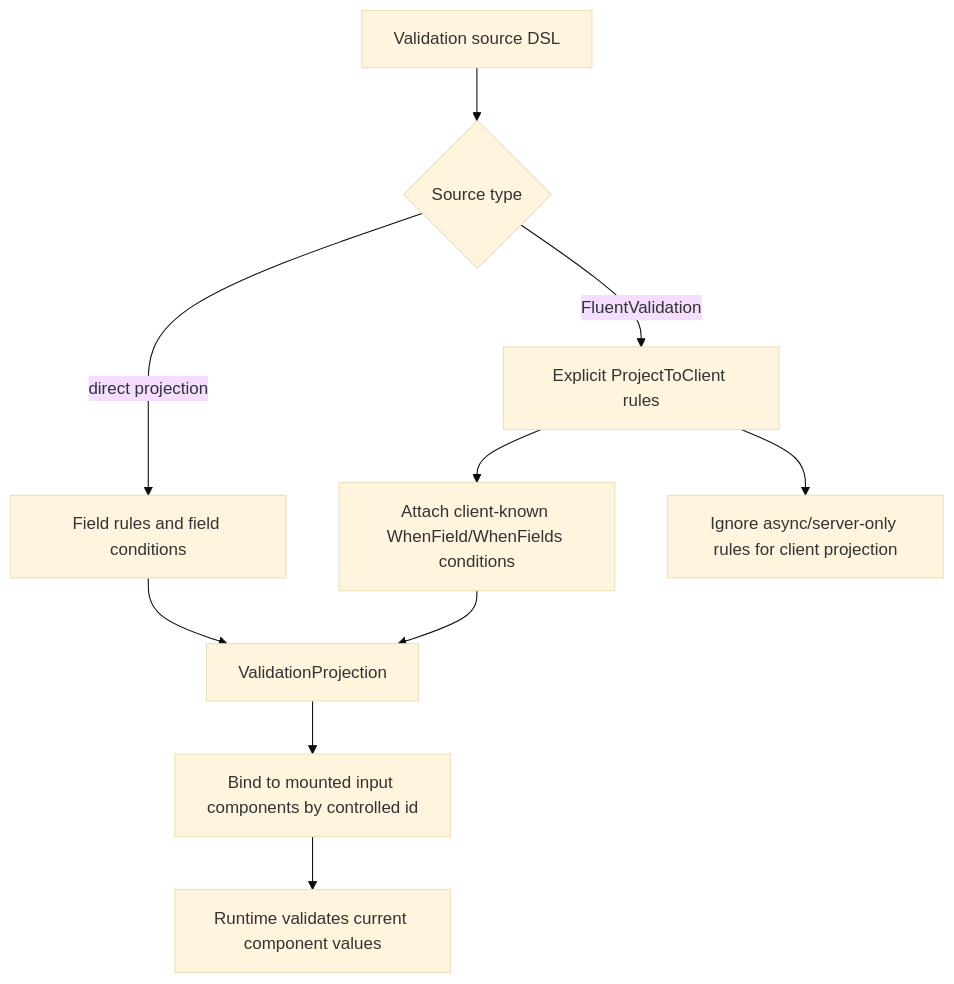
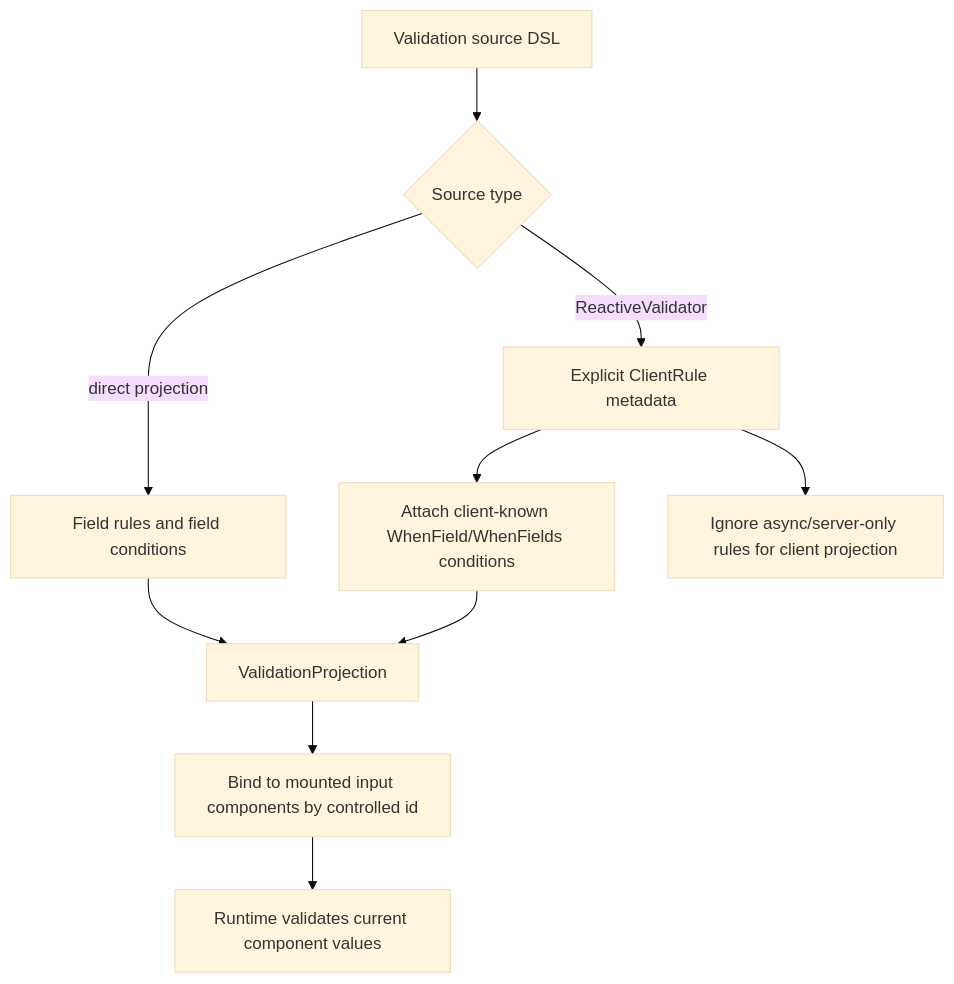
One commit to marafiq/alis-reactive changed the sixth of 8 diagrams in docs/design/reactive-plan-domain-design.md. Above: the diagram before and after it, drawn with Mermaid (base theme). The commit also changed other lines of this file and 7 other files, not shown here.

````diff
--- a/docs/design/reactive-plan-domain-design.md
+++ b/docs/design/reactive-plan-domain-design.md
@@ -223,12 +223,12 @@
 ```mermaid
 flowchart TD
     A[Validation source DSL] --> B{Source type}
     B -->|direct projection| C[Field rules and field conditions]
-    B -->|FluentValidation| D[Explicit ProjectToClient rules]
+    B -->|ReactiveValidator| D[Explicit ClientRule metadata]
     D --> E[Attach client-known WhenField/WhenFields conditions]
     D --> F[Ignore async/server-only rules for client projection]
     C --> G[ValidationProjection]
     E --> G
     G --> H[Bind to mounted input components by controlled id]
     H --> I[Runtime validates current component values]
 ```
````
